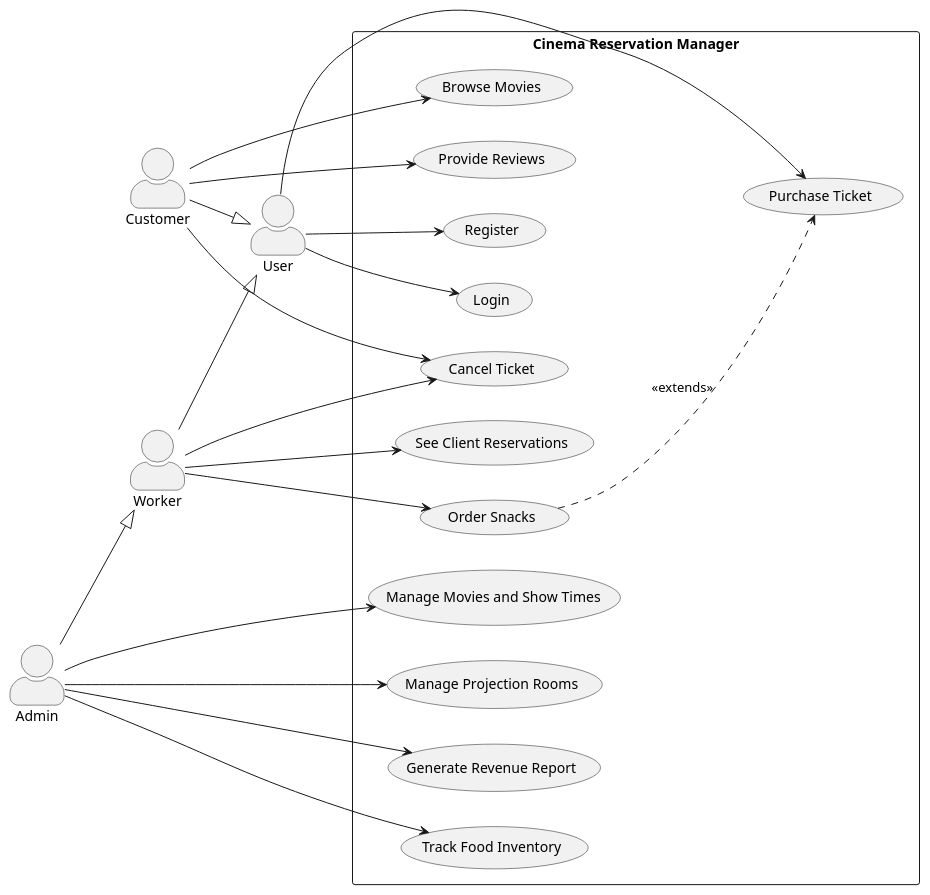
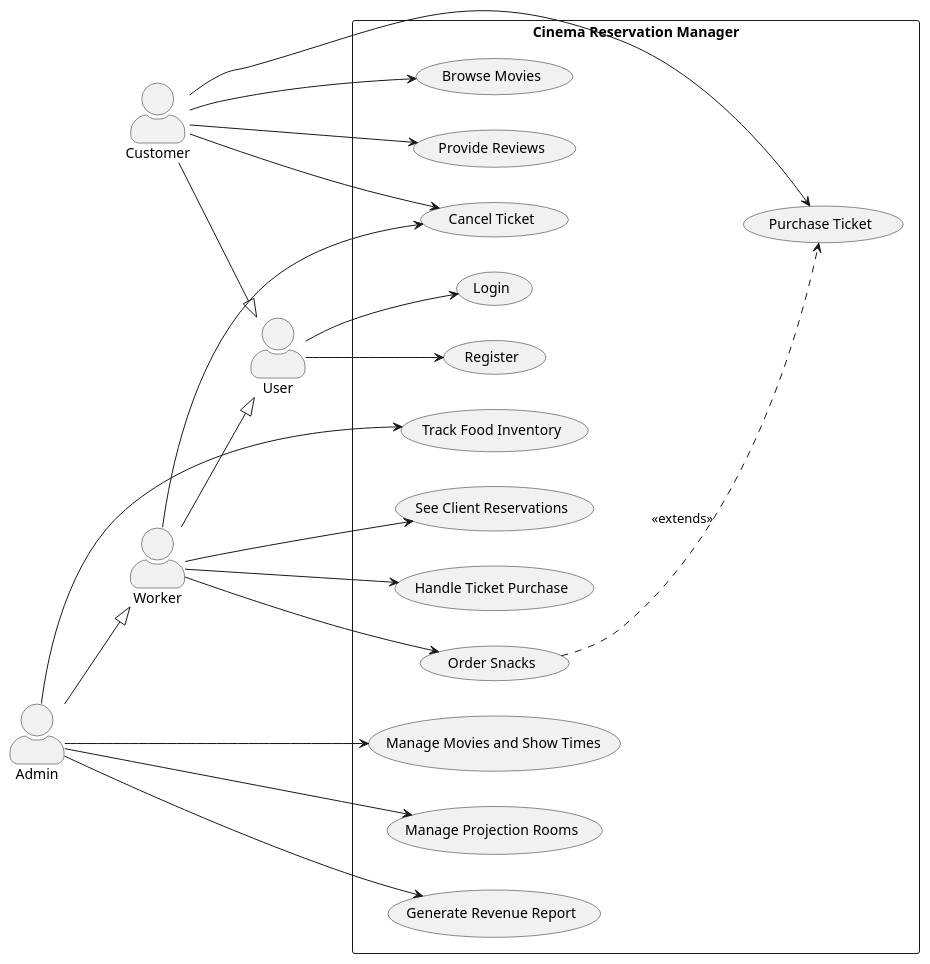
One commit to BenatErzibengoa/Cinema-app changed the diagram in docs/uc.puml. Above: the diagram before and after it, drawn with PlantUML.

Commit message:
Add 'Handle Ticket Purchase' use case and update associations in use case diagram (fix the use case diagram)

```diff
--- a/docs/uc.puml
+++ b/docs/uc.puml
@@ -1,45 +1,48 @@
 @startuml
 skinparam actorStyle awesome
 left to right direction
 
 actor User
 actor Customer
 actor Worker
 actor Admin
 
 Customer --|> User
 Worker --|> User
 Admin --|> Worker
 
 rectangle "Cinema Reservation Manager" {
     (Register) as UC1
     (Login) as UC2
     (Browse Movies) as UC3
     (Purchase Ticket) as UC4
     (Order Snacks) as UC5
     (Cancel Ticket) as UC6
     (Provide Reviews) as UC7
     (See Client Reservations) as UC8
     (Manage Movies and Show Times) as UC10
     (Manage Projection Rooms) as UC11
     (Generate Revenue Report) as UC12
     (Track Food Inventory) as UC13
+    (Handle Ticket Purchase) as UC14
 
     User --> UC1
     User --> UC2
-    User --> UC4
+
     Customer --> UC6
     Customer --> UC7
     Customer --> UC3
+    Customer --> UC4
 
     Worker --> UC6
     Worker --> UC8
     Worker --> UC5
+    Worker --> UC14
     UC5 ..> UC4 : <<extends>>
 
     Admin --> UC10
     Admin --> UC11
     Admin --> UC12
     Admin --> UC13
 }
 @enduml
```
